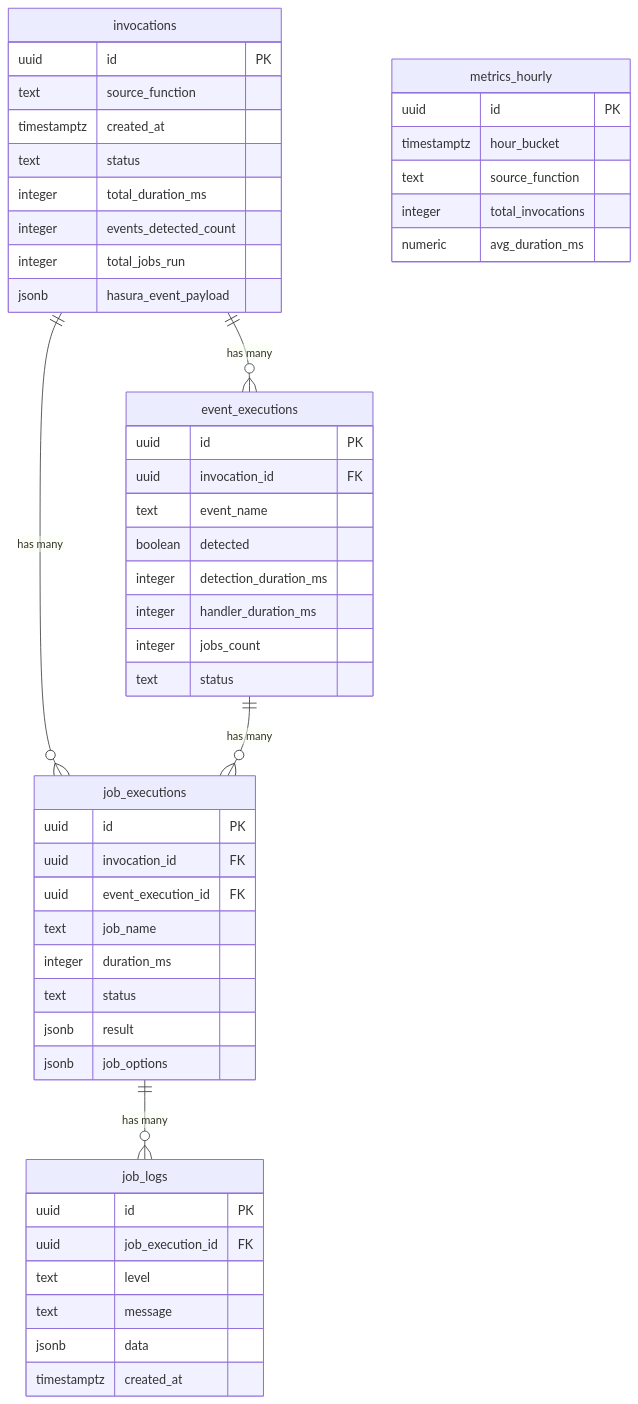
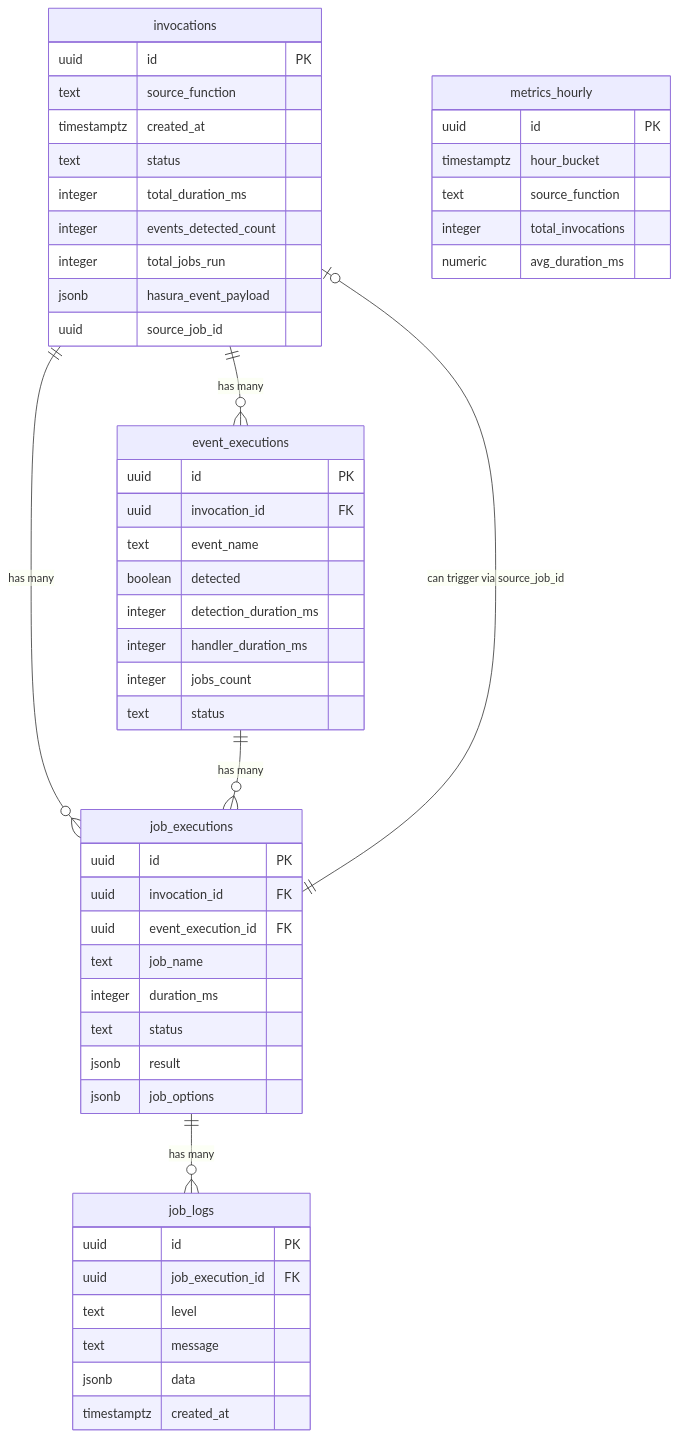
Before and after one commit to hopdrive/hasura-event-detector: the first of 4 diagrams in example-plugins/observability/model/DATA_MODEL.md, drawn with Mermaid. The commit also changed other lines of this file and 9 other files, not shown here.

Commit message:
Add source_job_id field to invocations table and update GraphQL queries. Enhance flow diagram to support job-to-job execution tracking with parent job relationships. Update related types and schema documentation for clarity.

````diff
--- a/example-plugins/observability/model/DATA_MODEL.md
+++ b/example-plugins/observability/model/DATA_MODEL.md
@@ -38,57 +38,59 @@
 ```mermaid
 erDiagram
     invocations {
         uuid id PK
         text source_function
         timestamptz created_at
         text status
         integer total_duration_ms
         integer events_detected_count
         integer total_jobs_run
         jsonb hasura_event_payload
+        uuid source_job_id
     }
     
     event_executions {
         uuid id PK
         uuid invocation_id FK
         text event_name
         boolean detected
         integer detection_duration_ms
         integer handler_duration_ms
         integer jobs_count
         text status
     }
     
     job_executions {
         uuid id PK
         uuid invocation_id FK
         uuid event_execution_id FK
         text job_name
         integer duration_ms
         text status
         jsonb result
         jsonb job_options
     }
     
     job_logs {
         uuid id PK
         uuid job_execution_id FK
         text level
         text message
         jsonb data
         timestamptz created_at
     }
     
     metrics_hourly {
         uuid id PK
         timestamptz hour_bucket
         text source_function
         integer total_invocations
         numeric avg_duration_ms
     }
 
     invocations ||--o{ event_executions : "has many"
     invocations ||--o{ job_executions : "has many"
     event_executions ||--o{ job_executions : "has many"
     job_executions ||--o{ job_logs : "has many"
+    job_executions ||--o| invocations : "can trigger via source_job_id"
 ```
````
